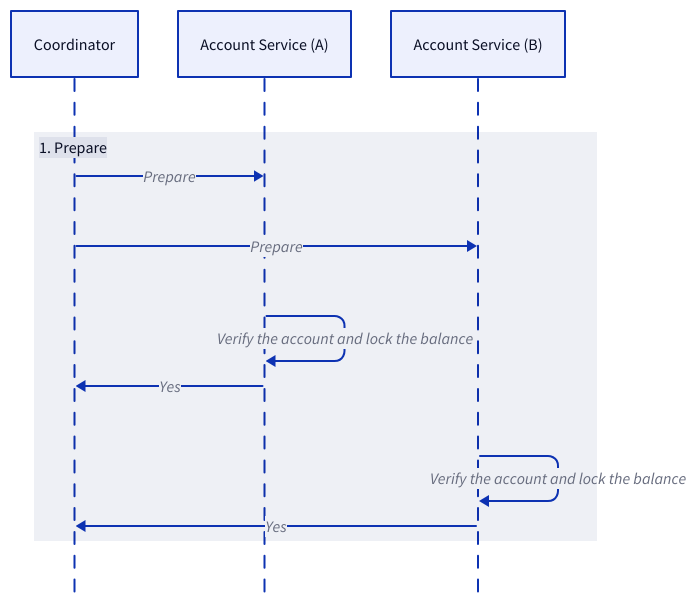
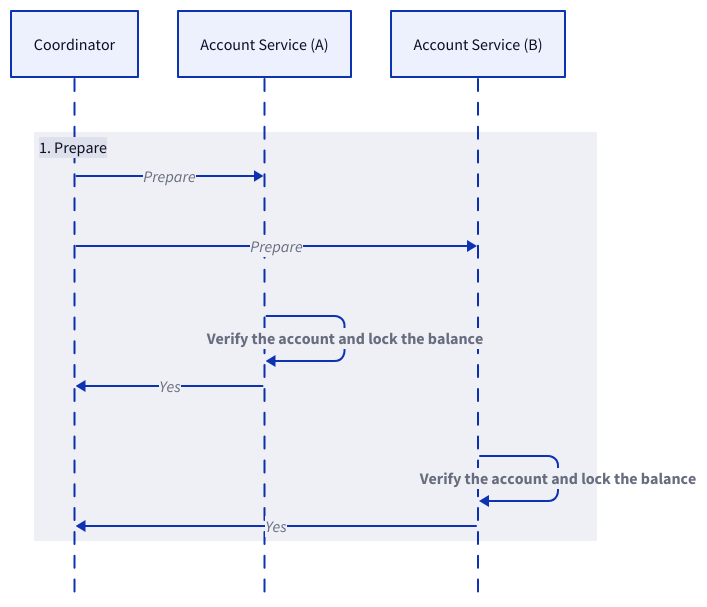
The second of 15 diagrams in content/docs/design-patterns/distributed-transaction/blocking-protocols.md (link1905/system-design-101), drawn with D2 before and after one commit. The commit also changed other lines of this file and 11 other files, not shown here.

````diff
--- a/content/docs/design-patterns/distributed-transaction/blocking-protocols.md
+++ b/content/docs/design-patterns/distributed-transaction/blocking-protocols.md
@@ -52,20 +57,24 @@
 ```d2
 shape: sequence_diagram
 c: Coordinator {
-    class: router
+    class: process
 }
 aa: Account Service (A) {
     class: server
 }
 ab: Account Service (B) {
     class: server
 }
 "1. Prepare" {
     c -> aa: Prepare
     c -> ab: Prepare
-    aa -> aa: Verify the account and lock the balance 
+    aa -> aa: Verify the account and lock the balance {
+        style.bold: true
+    }
     aa -> c: Yes
-    ab -> ab: Verify the account and lock the balance 
+    ab -> ab: Verify the account and lock the balance {
+        style.bold: true
+    }
     ab -> c: Yes
-} 
+}
 ```
````
